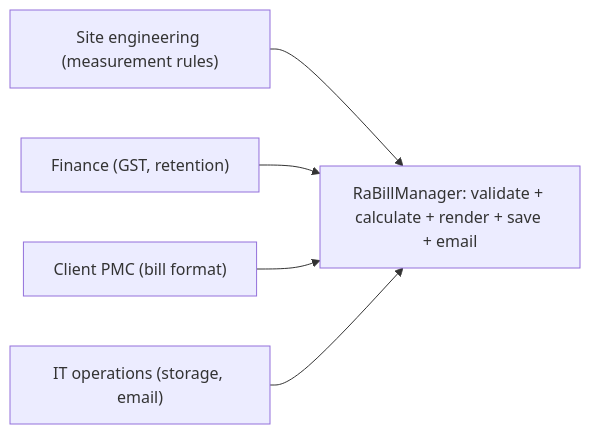
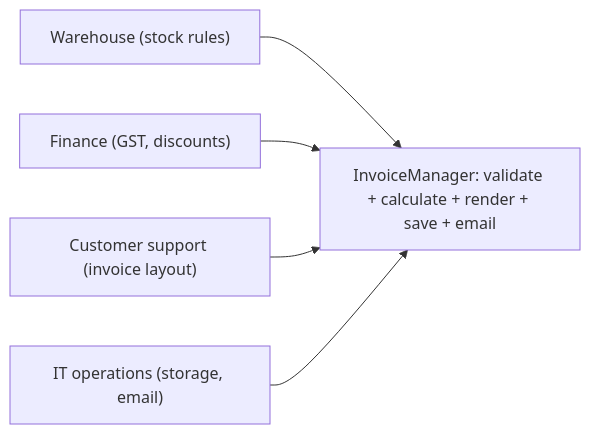
Before and after one commit to rizwi0786/system-design-lab: the first of 3 diagrams in content/lessons/m04/m04-srp.md, drawn with Mermaid. The commit also changed other lines of this file and 334 other files, not shown here.

````diff
--- a/content/lessons/m04/m04-srp.md
+++ b/content/lessons/m04/m04-srp.md
@@ -107,8 +121,8 @@
 ```mermaid
 flowchart LR
-    QS["Site engineering (measurement rules)"] --> M
-    FIN["Finance (GST, retention)"] --> M
-    PMC["Client PMC (bill format)"] --> M
+    WH["Warehouse (stock rules)"] --> M
+    FIN["Finance (GST, discounts)"] --> M
+    CS["Customer support (invoice layout)"] --> M
     OPS["IT operations (storage, email)"] --> M
-    M["RaBillManager: validate + calculate + render + save + email"]
+    M["InvoiceManager: validate + calculate + render + save + email"]
 ```
````
